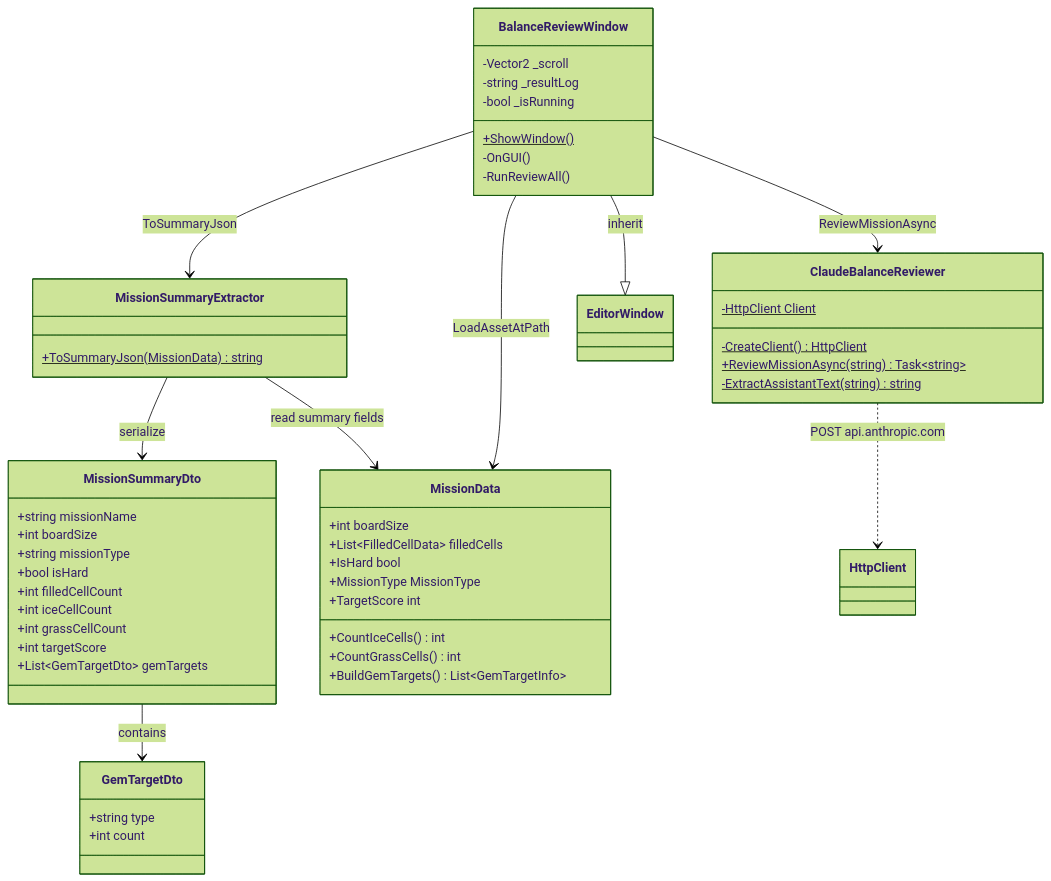
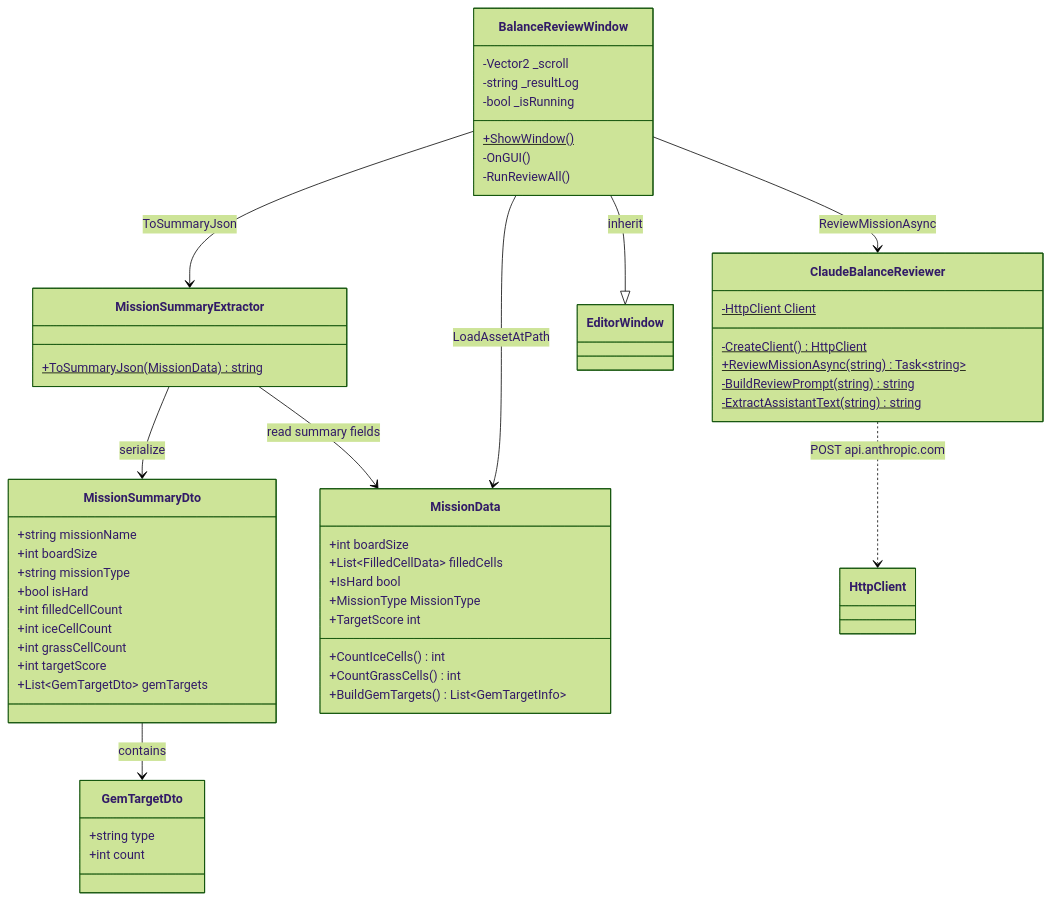
The second of 2 diagrams in docs/diagrams/ai-balance-review.md (chlghksgml01/BlockPuzzle), drawn with Mermaid (forest theme) before and after one commit. The commit also changed other lines of this file and 1 other file, not shown here.

````diff
--- a/docs/diagrams/ai-balance-review.md
+++ b/docs/diagrams/ai-balance-review.md
@@ -76,59 +86,60 @@
 ```mermaid
 classDiagram
   class BalanceReviewWindow {
     +ShowWindow()$
     -Vector2 _scroll
     -string _resultLog
     -bool _isRunning
     -OnGUI()
     -RunReviewAll()
   }
 
   class MissionSummaryExtractor {
     +ToSummaryJson(MissionData)$ string
   }
 
   class MissionSummaryDto {
     +string missionName
     +int boardSize
     +string missionType
     +bool isHard
     +int filledCellCount
     +int iceCellCount
     +int grassCellCount
     +int targetScore
     +List~GemTargetDto~ gemTargets
   }
 
   class GemTargetDto {
     +string type
     +int count
   }
 
   class ClaudeBalanceReviewer {
     -HttpClient Client$
     -CreateClient()$ HttpClient
     +ReviewMissionAsync(string)$ Task~string~
+    -BuildReviewPrompt(string)$ string
     -ExtractAssistantText(string)$ string
   }
 
   class MissionData {
     +int boardSize
     +List~FilledCellData~ filledCells
     +IsHard bool
     +MissionType MissionType
     +TargetScore int
     +CountIceCells() int
     +CountGrassCells() int
     +BuildGemTargets() List~GemTargetInfo~
   }
 
   BalanceReviewWindow --|> EditorWindow : inherit
   BalanceReviewWindow --> MissionSummaryExtractor : ToSummaryJson
   BalanceReviewWindow --> ClaudeBalanceReviewer : ReviewMissionAsync
   BalanceReviewWindow --> MissionData : LoadAssetAtPath
   MissionSummaryExtractor --> MissionSummaryDto : serialize
   MissionSummaryExtractor --> MissionData : read summary fields
   MissionSummaryDto --> GemTargetDto : contains
   ClaudeBalanceReviewer ..> HttpClient : POST api.anthropic.com
 ```
````
